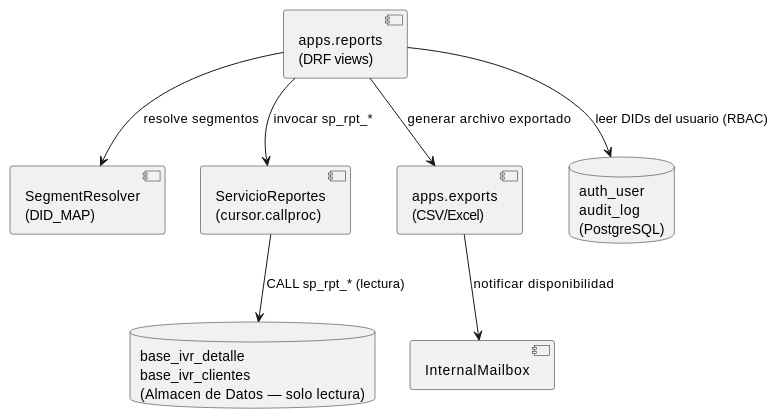
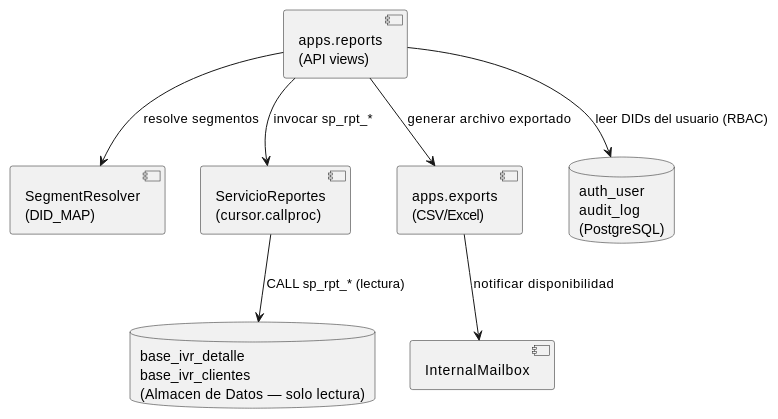
One commit to jcg-admin/IACT-docs changed the diagram in source/arquitectura-tecnica/modulos/vis-reports/diagramas/componentes-mod-reports.rst. Above: the diagram before and after it, drawn with PlantUML. The commit also changed 93 other files, not shown here.

```diff
--- a/source/arquitectura-tecnica/modulos/vis-reports/diagramas/componentes-mod-reports.rst
+++ b/source/arquitectura-tecnica/modulos/vis-reports/diagramas/componentes-mod-reports.rst
@@ -22,22 +22,22 @@
 .. uml::
  :caption: Componentes de MOD_Reports y sus dependencias de datos.
 
  @startuml
 
- component "apps.reports\n(DRF views)" as RPTS
+ component "apps.reports\n(API views)" as RPTS
  component "SegmentResolver\n(DID_MAP)" as Segmentresolver
  component "ServicioReportes\n(cursor.callproc)" as Servicioreportes
  component "apps.exports\n(CSV/Excel)" as AppsExports
  component "InternalMailbox" as Internalmailbox
 
  database "base_ivr_detalle\nbase_ivr_clientes\n(Almacen de Datos — solo lectura)" as base_ivr_detalle
  database "auth_user\naudit_log\n(PostgreSQL)" as auth_user
 
  RPTS --> Segmentresolver : resolve segmentos
  RPTS --> Servicioreportes : invocar sp_rpt_*
  Servicioreportes --> base_ivr_detalle : CALL sp_rpt_* (lectura)
  RPTS --> auth_user : leer DIDs del usuario (RBAC)
  RPTS --> AppsExports : generar archivo exportado
  AppsExports --> Internalmailbox : notificar disponibilidad
 
  @enduml
```
